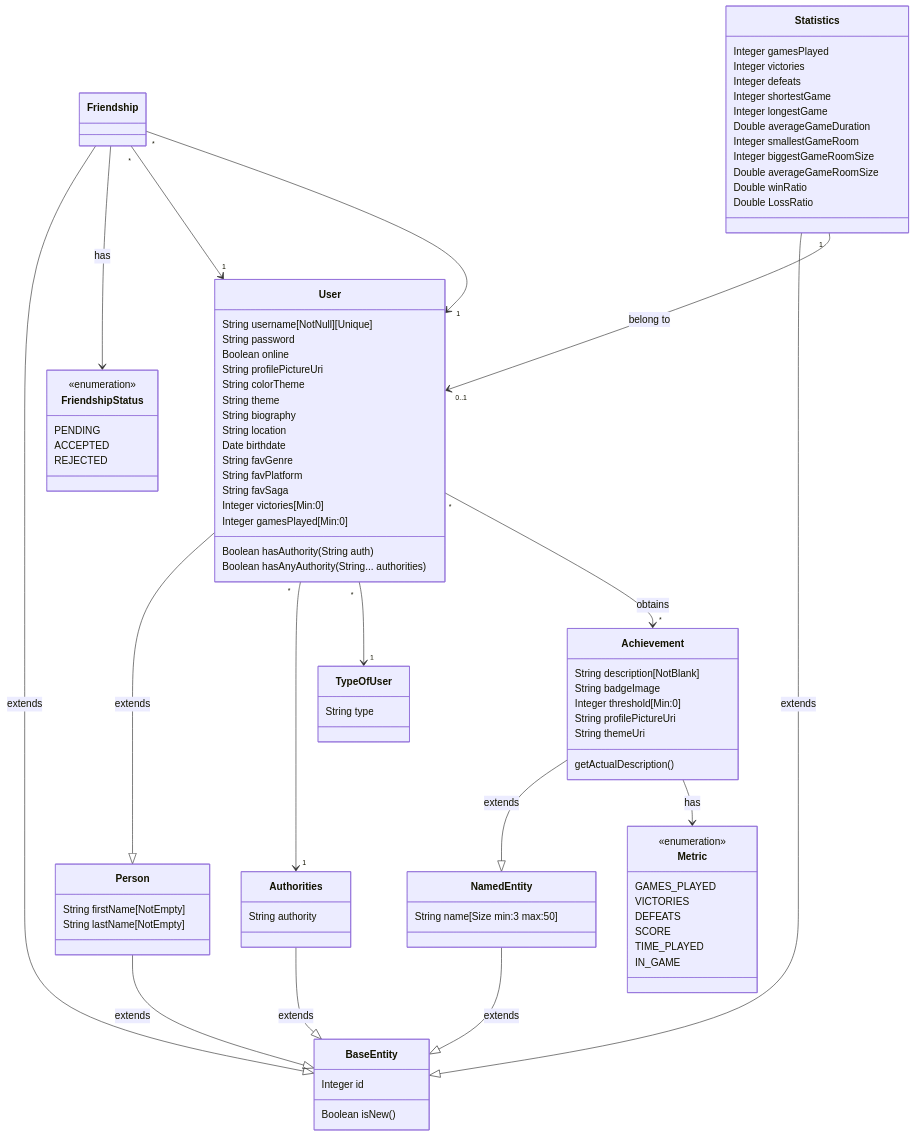
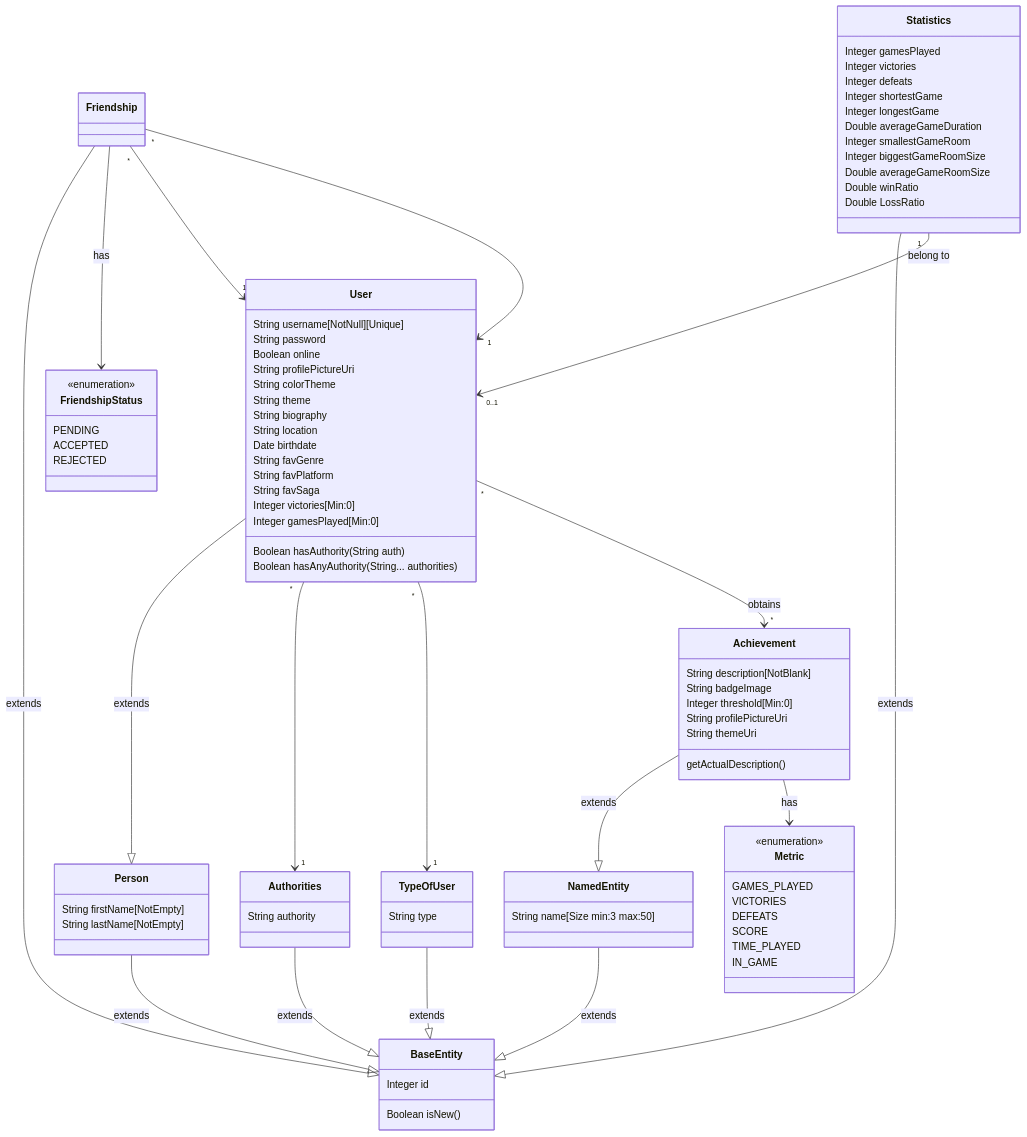
The first of 2 diagrams in docs/deliverables/Diseño del Sistema.md (Alberto1902/DP1-2024-2025--ling-1-main-oct), drawn with Mermaid before and after one commit.

Commit message:
Add extend

```diff
--- a/docs/deliverables/Diseño del Sistema.md
+++ b/docs/deliverables/Diseño del Sistema.md
@@ -95,6 +95,7 @@
     Person --|> BaseEntity : extends
     Statistics --|> BaseEntity: extends
     Authorities --|> BaseEntity : extends
+    TypeOfUser --|> BaseEntity : extends
     Achievement --|> NamedEntity : extends
     Friendship --|> BaseEntity : extends
     User"*" --> "1"Authorities
```
